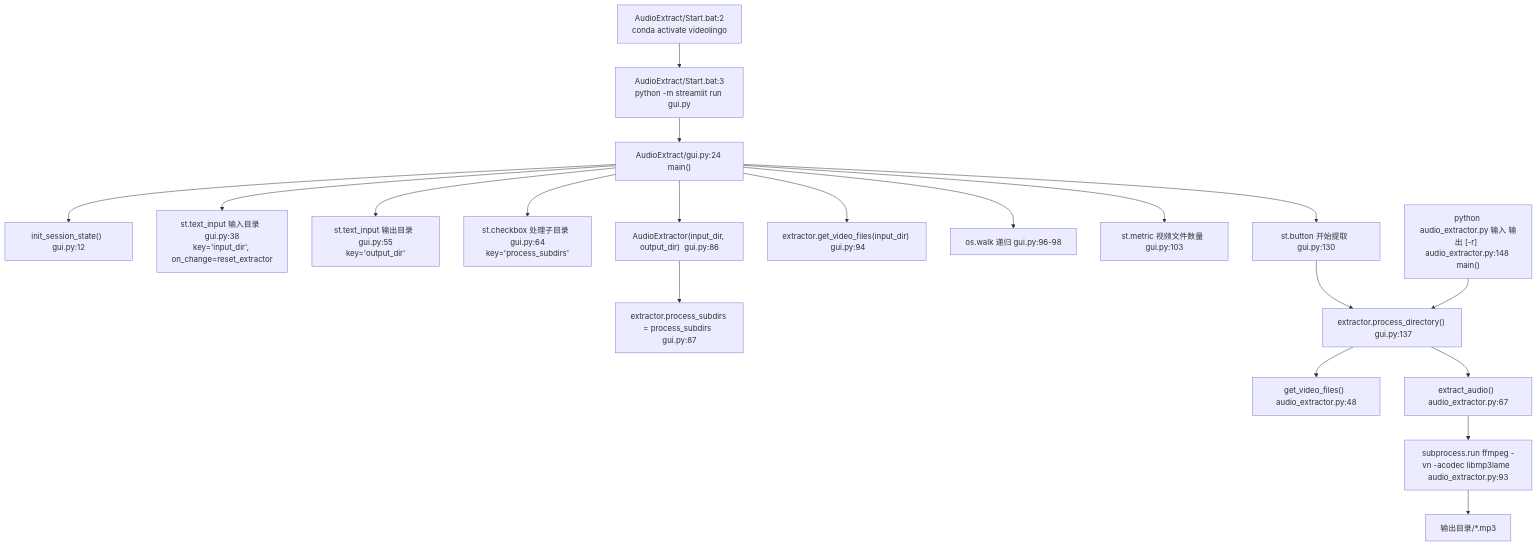
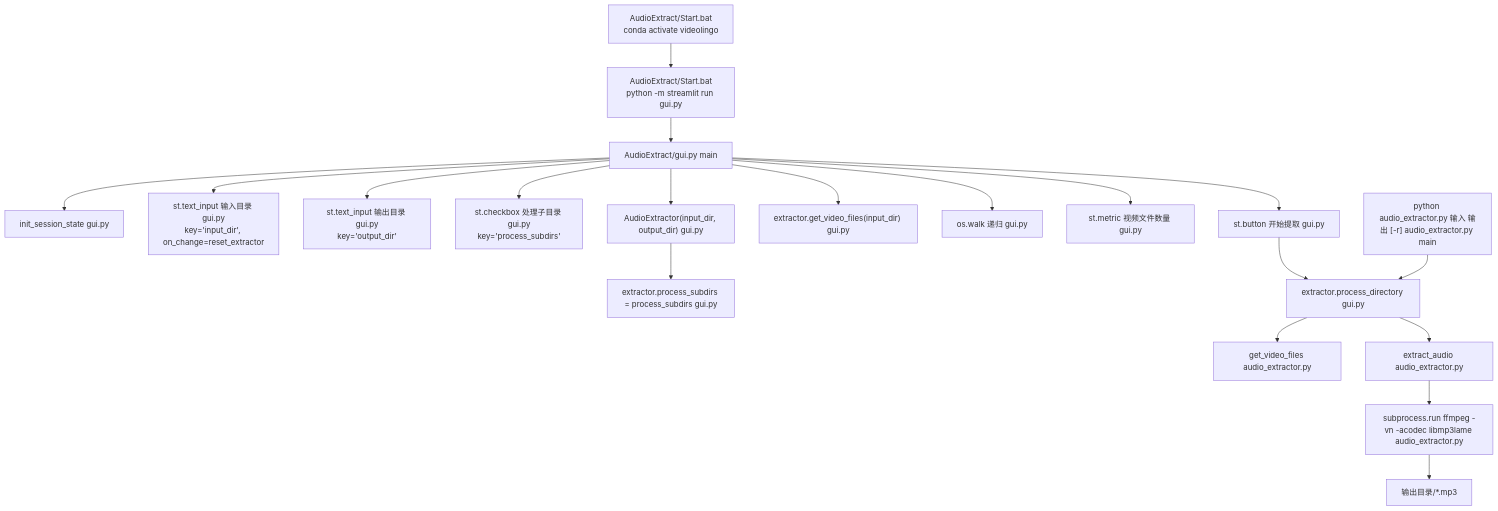
One commit to Brzjomo/VideoLingoMove changed the diagram in devdocs/06-batch-and-tools/01-批量音频提取工具.md. Above: the diagram before and after it, drawn with Mermaid. The commit also changed other lines of this file and 33 other files, not shown here.

````diff
--- a/devdocs/06-batch-and-tools/01-批量音频提取工具.md
+++ b/devdocs/06-batch-and-tools/01-批量音频提取工具.md
@@ -36,28 +36,28 @@
 ```mermaid
 flowchart TD
-    BAT["AudioExtract/Start.bat:2<br/>conda activate videolingo"]
-    BAT2["AudioExtract/Start.bat:3<br/>python -m streamlit run gui.py"]
-    BAT --> BAT2
-    BAT2 --> GUI["AudioExtract/gui.py:24 main()"]
+ BAT["AudioExtract/Start.bat<br/>conda activate videolingo"]
+ BAT2["AudioExtract/Start.bat<br/>python -m streamlit run gui.py"]
+ BAT --> BAT2
+ BAT2 --> GUI["AudioExtract/gui.py main"]
 
-    GUI --> SS["init_session_state()  gui.py:12"]
-    GUI --> TI1["st.text_input 输入目录  gui.py:38<br/>key='input_dir', on_change=reset_extractor"]
-    GUI --> TI2["st.text_input 输出目录  gui.py:55<br/>key='output_dir'"]
-    GUI --> CB["st.checkbox 处理子目录  gui.py:64<br/>key='process_subdirs'"]
-    GUI --> AE["AudioExtractor(input_dir, output_dir)  gui.py:86"]
-    AE --> SET["extractor.process_subdirs = process_subdirs  gui.py:87"]
+ GUI --> SS["init_session_state gui.py"]
+ GUI --> TI1["st.text_input 输入目录 gui.py<br/>key='input_dir', on_change=reset_extractor"]
+ GUI --> TI2["st.text_input 输出目录 gui.py<br/>key='output_dir'"]
+ GUI --> CB["st.checkbox 处理子目录 gui.py<br/>key='process_subdirs'"]
+ GUI --> AE["AudioExtractor(input_dir, output_dir) gui.py"]
+ AE --> SET["extractor.process_subdirs = process_subdirs gui.py"]
 
-    GUI --> GV1["extractor.get_video_files(input_dir)  gui.py:94"]
-    GUI --> WALK["os.walk 递归  gui.py:96-98"]
-    GUI --> MET["st.metric 视频文件数量  gui.py:103"]
+ GUI --> GV1["extractor.get_video_files(input_dir) gui.py"]
+ GUI --> WALK["os.walk 递归 gui.py"]
+ GUI --> MET["st.metric 视频文件数量 gui.py"]
 
-    GUI --> BTN["st.button 开始提取  gui.py:130"]
-    BTN --> PD["extractor.process_directory()  gui.py:137"]
-    PD --> GVF["get_video_files()  audio_extractor.py:48"]
-    PD --> EA["extract_audio()  audio_extractor.py:67"]
-    EA --> FF["subprocess.run ffmpeg -vn -acodec libmp3lame  audio_extractor.py:93"]
-    FF --> MP3["输出目录/*.mp3"]
+ GUI --> BTN["st.button 开始提取 gui.py"]
+ BTN --> PD["extractor.process_directory gui.py"]
+ PD --> GVF["get_video_files audio_extractor.py"]
+ PD --> EA["extract_audio audio_extractor.py"]
+ EA --> FF["subprocess.run ffmpeg -vn -acodec libmp3lame audio_extractor.py"]
+ FF --> MP3["输出目录/*.mp3"]
 
-    CLI["python audio_extractor.py 输入 输出 [-r]  audio_extractor.py:148 main()"]
-    CLI --> PD
+ CLI["python audio_extractor.py 输入 输出 [-r] audio_extractor.py main"]
+ CLI --> PD
 ```
````
